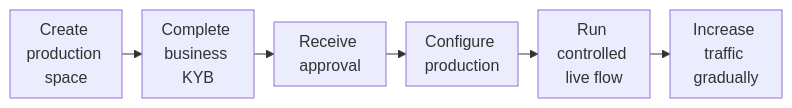
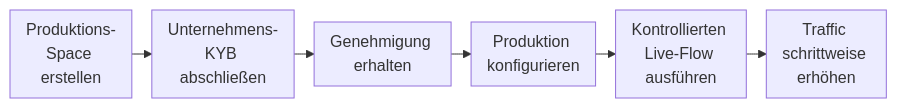
Before and after one commit to swipelux/public-docs: the diagram in de/integration/go-live.mdx, drawn with Mermaid. The commit also changed 285 other files, not shown here.

````diff
--- a/de/integration/go-live.mdx
+++ b/de/integration/go-live.mdx
@@ -8,9 +8,9 @@
 ```mermaid
 %%{init: {"flowchart": {"rankSpacing": 20, "nodeSpacing": 16, "wrappingWidth": 80, "padding": 8}}}%%
 flowchart LR
-  A["Create production space"] --> B["Complete business KYB"]
-  B --> C["Receive approval"]
-  C --> D["Configure production"]
-  D --> E["Run controlled live flow"]
-  E --> F["Increase traffic gradually"]
+  A["Produktions-Space erstellen"] --> B["Unternehmens-KYB abschließen"]
+  B --> C["Genehmigung erhalten"]
+  C --> D["Produktion konfigurieren"]
+  D --> E["Kontrollierten Live-Flow ausführen"]
+  E --> F["Traffic schrittweise erhöhen"]
 ```
````
